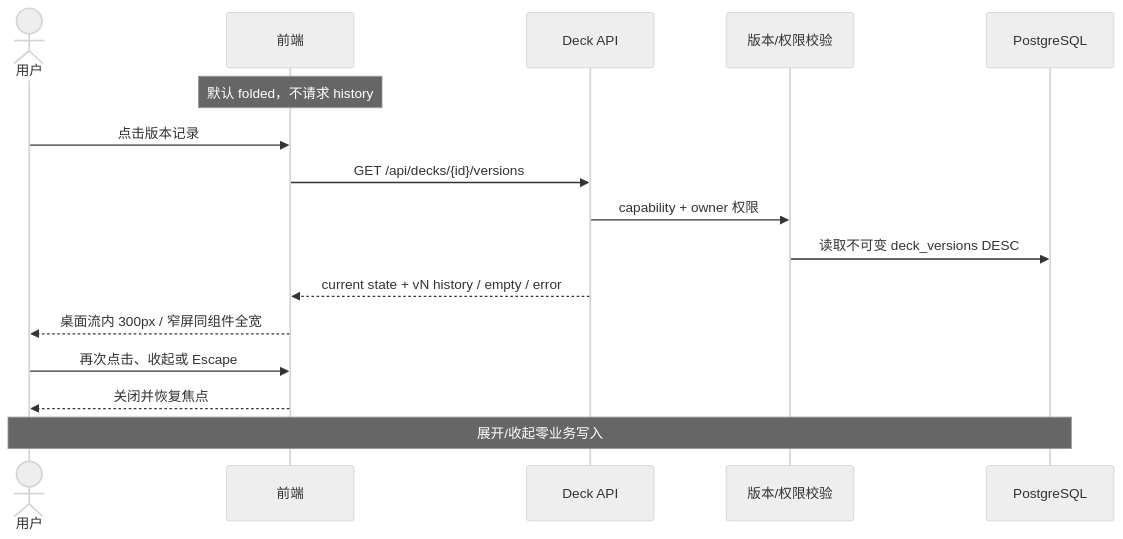
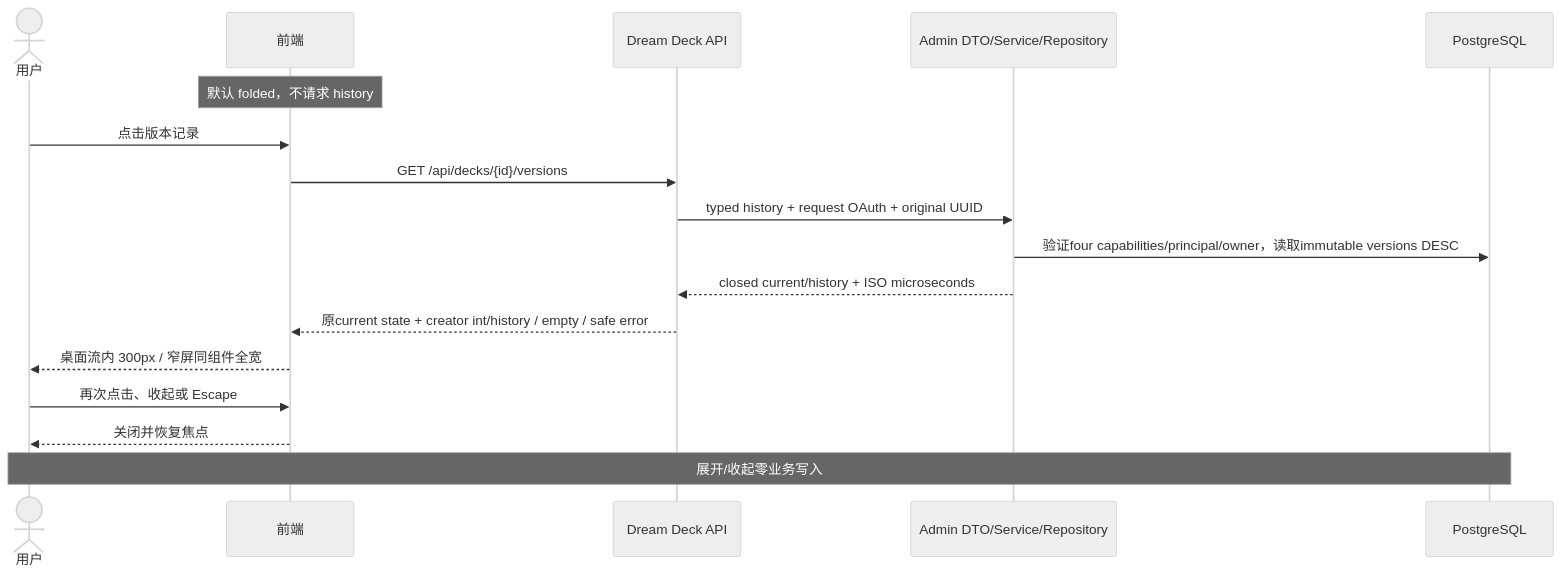
One commit to glide-the/im-dream changed the second of 11 diagrams in docs/design/deck/deck-business-sequences.md. Above: the diagram before and after it, drawn with Mermaid (neutral theme). The commit also changed other lines of this file and 24 other files, not shown here.

First line of the commit message:
feat: migrate public Deck content versions to Admin

````diff
--- a/docs/design/deck/deck-business-sequences.md
+++ b/docs/design/deck/deck-business-sequences.md
@@ -31,18 +44,19 @@
 ```mermaid
 sequenceDiagram
   actor U as 用户
   participant UI as 前端
-  participant A as Deck API
-  participant V as 版本/权限校验
+  participant A as Dream Deck API
+  participant M as Admin DTO/Service/Repository
   participant DB as PostgreSQL
   Note over UI: 默认 folded，不请求 history
   U->>UI: 点击版本记录
   UI->>A: GET /api/decks/{id}/versions
-  A->>V: capability + owner 权限
-  V->>DB: 读取不可变 deck_versions DESC
-  A-->>UI: current state + vN history / empty / error
+  A->>M: typed history + request OAuth + original UUID
+  M->>DB: 验证four capabilities/principal/owner，读取immutable versions DESC
+  M-->>A: closed current/history + ISO microseconds
+  A-->>UI: 原current state + creator int/history / empty / safe error
   UI-->>U: 桌面流内 300px / 窄屏同组件全宽
   U->>UI: 再次点击、收起或 Escape
   UI-->>U: 关闭并恢复焦点
   Note over U,DB: 展开/收起零业务写入
 ```
````
